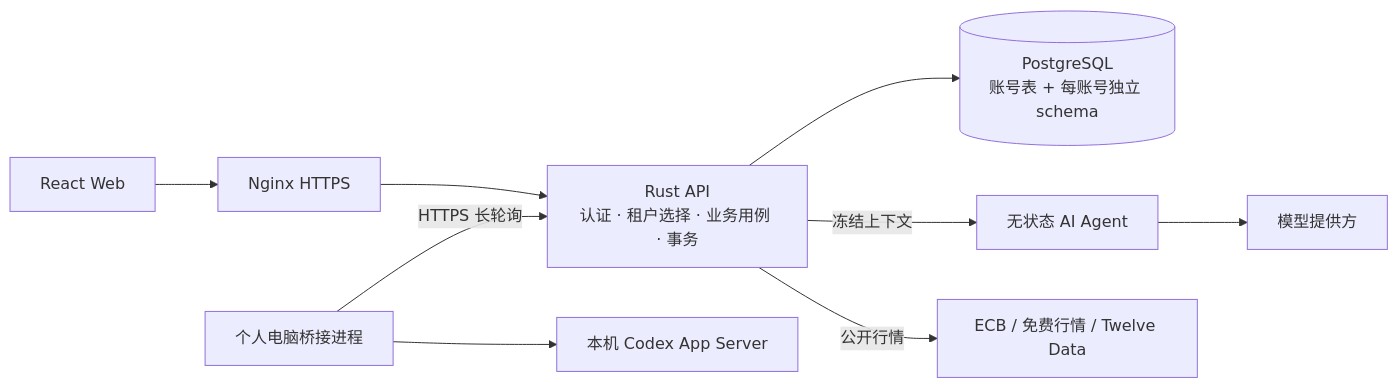
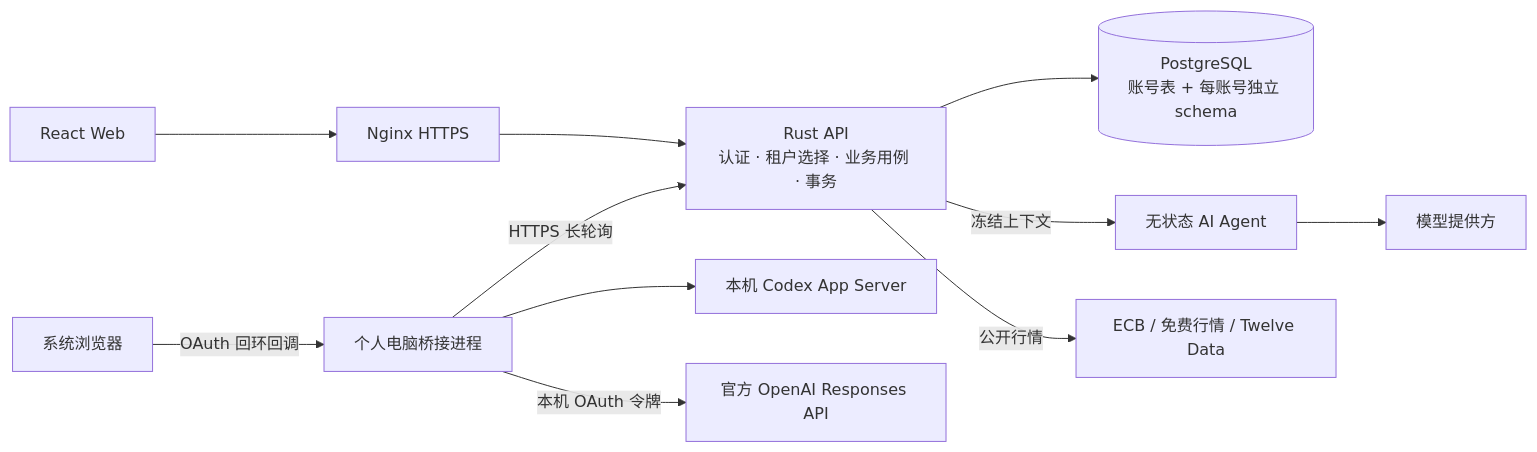
Before and after one commit to lokinko/mario: the first of 3 diagrams in docs/architecture.md, drawn with Mermaid. The commit also changed other lines of this file and 29 other files, not shown here.

````diff
--- a/docs/architecture.md
+++ b/docs/architecture.md
@@ -11,11 +11,13 @@
 ```mermaid
 flowchart LR
     W[React Web] --> G[Nginx HTTPS]
     G --> A[Rust API<br/>认证 · 租户选择 · 业务用例 · 事务]
     A --> P[(PostgreSQL<br/>账号表 + 每账号独立 schema)]
     A -->|冻结上下文| R[无状态 AI Agent]
     R --> M[模型提供方]
     A -->|公开行情| Q[ECB / 免费行情 / Twelve Data]
     B[个人电脑桥接进程] -->|HTTPS 长轮询| A
     B --> C[本机 Codex App Server]
+    B -->|本机 OAuth 令牌| O[官方 OpenAI Responses API]
+    L[系统浏览器] -->|OAuth 回环回调| B
 ```
````
